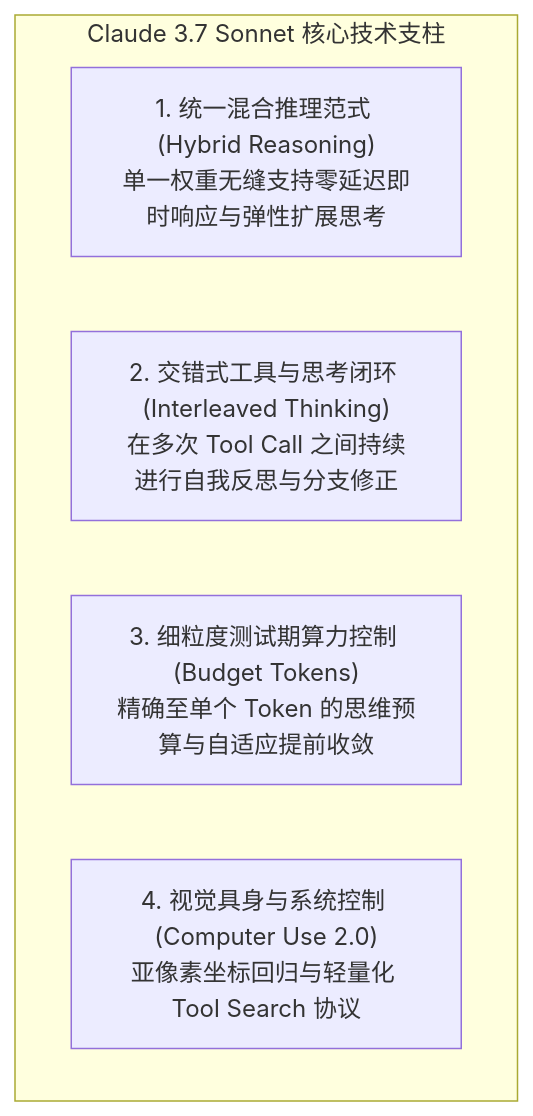
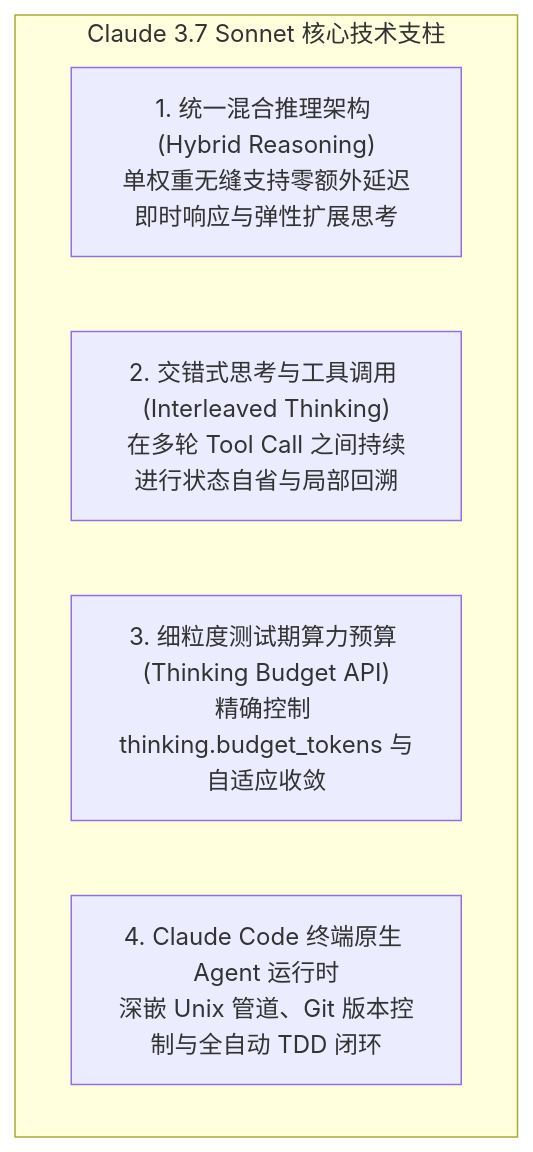
Before and after one commit to le-temps/le-temps.github.io: the first of 3 diagrams in src/content/posts/2026-08-claude-3-7-sonnet-hybrid-reasoning-architecture.md, drawn with Mermaid. The commit also changed other lines of this file, not shown here.

Commit message:
feat(blog): update Claude 3.7 Sonnet technical report with official hybrid reasoning and Claude Code CLI agent runtime analysis

````diff
--- a/src/content/posts/2026-08-claude-3-7-sonnet-hybrid-reasoning-architecture.md
+++ b/src/content/posts/2026-08-claude-3-7-sonnet-hybrid-reasoning-architecture.md
@@ -26,9 +27,9 @@
 ```mermaid
 graph TD
-    subgraph Claude_3_7_Sonnet_Ecosystem [Claude 3.7 Sonnet 核心技术支柱]
-        Hybrid["1. 统一混合推理范式 (Hybrid Reasoning)<br/>单一权重无缝支持零延迟即时响应与弹性扩展思考"]
-        Interleaved["2. 交错式工具与思考闭环 (Interleaved Thinking)<br/>在多次 Tool Call 之间持续进行自我反思与分支修正"]
-        ComputeScale["3. 细粒度测试期算力控制 (Budget Tokens)<br/>精确至单个 Token 的思维预算与自适应提前收敛"]
-        AgentEnv["4. 视觉具身与系统控制 (Computer Use 2.0)<br/>亚像素坐标回归与轻量化 Tool Search 协议"]
+    subgraph Claude_3_7_Sonnet_Core [Claude 3.7 Sonnet 核心技术支柱]
+        Hybrid["1. 统一混合推理架构 (Hybrid Reasoning)<br/>单权重无缝支持零额外延迟即时响应与弹性扩展思考"]
+        Interleaved["2. 交错式思考与工具调用 (Interleaved Thinking)<br/>在多轮 Tool Call 之间持续进行状态自省与局部回溯"]
+        BudgetControl["3. 细粒度测试期算力预算 (Thinking Budget API)<br/>精确控制 thinking.budget_tokens 与自适应收敛"]
+        ClaudeCode["4. Claude Code 终端原生 Agent 运行时<br/>深嵌 Unix 管道、Git 版本控制与全自动 TDD 闭环"]
     end
 ```
````
